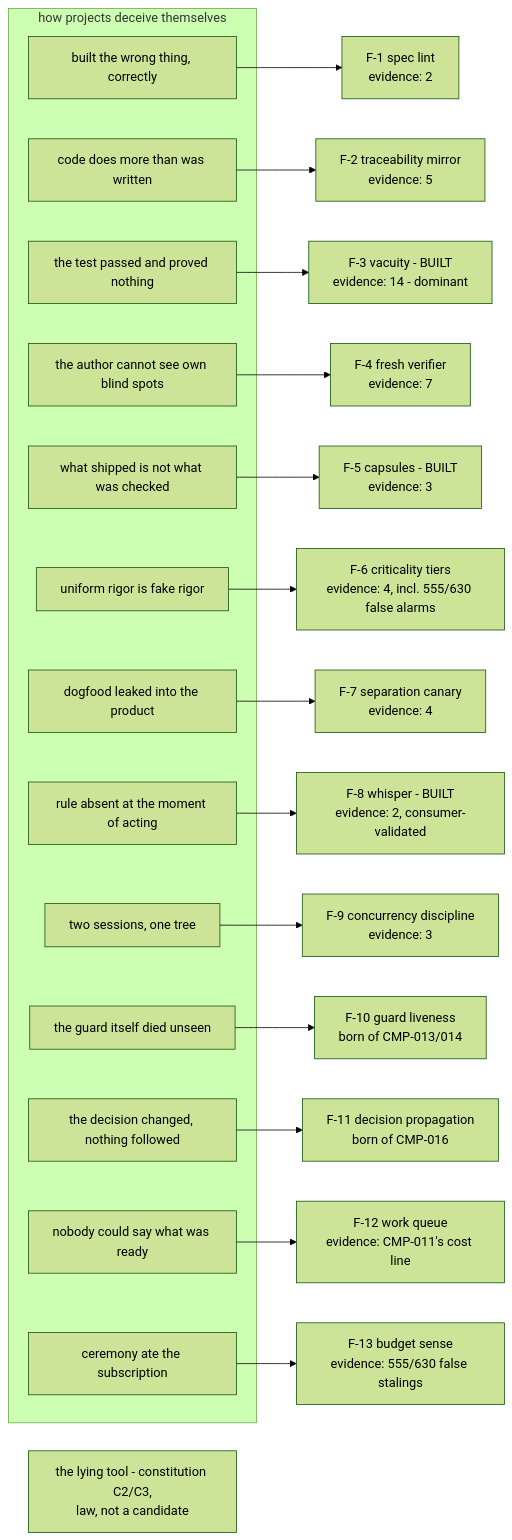
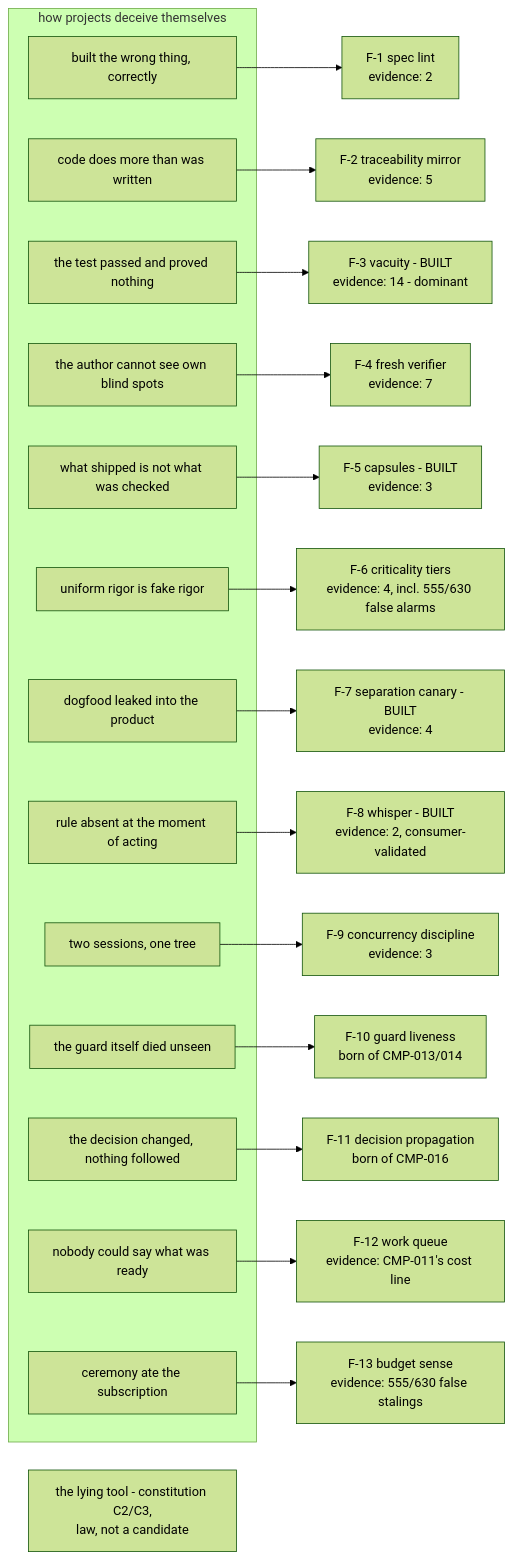
One commit to m1981/truth-ledger2 changed the fifth of 5 diagrams in docs/diagrams.md. Above: the diagram before and after it, drawn with Mermaid (forest theme). The commit also changed other lines of this file and 4 other files, not shown here.

First line of the commit message:
CMP-010 buys the separation canary: the boundary is falsifiable

````diff
--- a/docs/diagrams.md
+++ b/docs/diagrams.md
@@ -112,32 +112,32 @@
 ```mermaid
 flowchart LR
     subgraph DISTRUSTS["how projects deceive themselves"]
         D1["built the wrong thing, correctly"]
         D2["code does more than was written"]
         D3["the test passed and proved nothing"]
         D4["the author cannot see own blind spots"]
         D5["what shipped is not what was checked"]
         D6["uniform rigor is fake rigor"]
         D7["dogfood leaked into the product"]
         D8["rule absent at the moment of acting"]
         D9["two sessions, one tree"]
         D10["the guard itself died unseen"]
         D11["the decision changed, nothing followed"]
         D12["nobody could say what was ready"]
         D13["ceremony ate the subscription"]
     end
     D1 --> F1["F-1 spec lint<br/>evidence: 2"]
     D2 --> F2["F-2 traceability mirror<br/>evidence: 5"]
     D3 --> F3["F-3 vacuity - BUILT<br/>evidence: 14 - dominant"]
     D4 --> F4["F-4 fresh verifier<br/>evidence: 7"]
     D5 --> F5["F-5 capsules - BUILT<br/>evidence: 3"]
     D6 --> F6["F-6 criticality tiers<br/>evidence: 4, incl. 555/630 false alarms"]
-    D7 --> F7["F-7 separation canary<br/>evidence: 4"]
+    D7 --> F7["F-7 separation canary - BUILT<br/>evidence: 4"]
     D8 --> F8["F-8 whisper - BUILT<br/>evidence: 2, consumer-validated"]
     D9 --> F9["F-9 concurrency discipline<br/>evidence: 3"]
     D10 --> F10["F-10 guard liveness<br/>born of CMP-013/014"]
     D11 --> F11["F-11 decision propagation<br/>born of CMP-016"]
     D12 --> F12["F-12 work queue<br/>evidence: CMP-011's cost line"]
     D13 --> F13["F-13 budget sense<br/>evidence: 555/630 false stalings"]
     LAW2["the lying tool - constitution C2/C3,<br/>law, not a candidate"]
 ```
````
